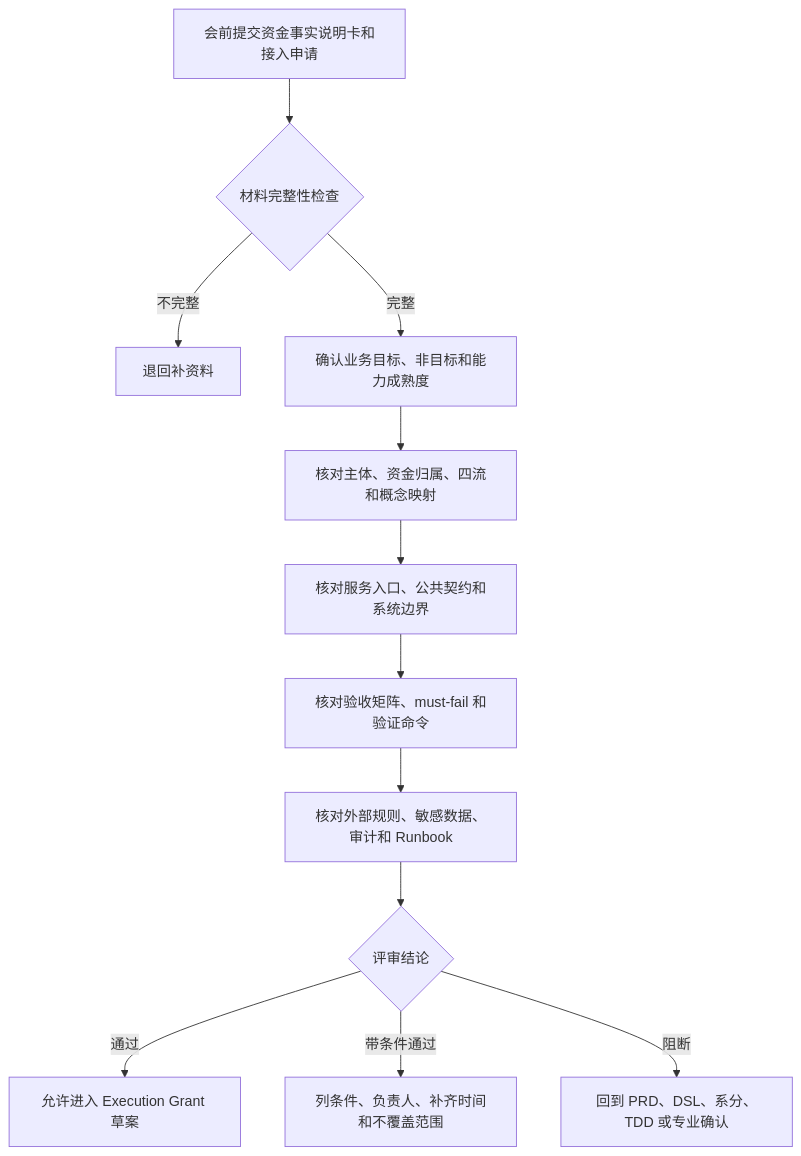
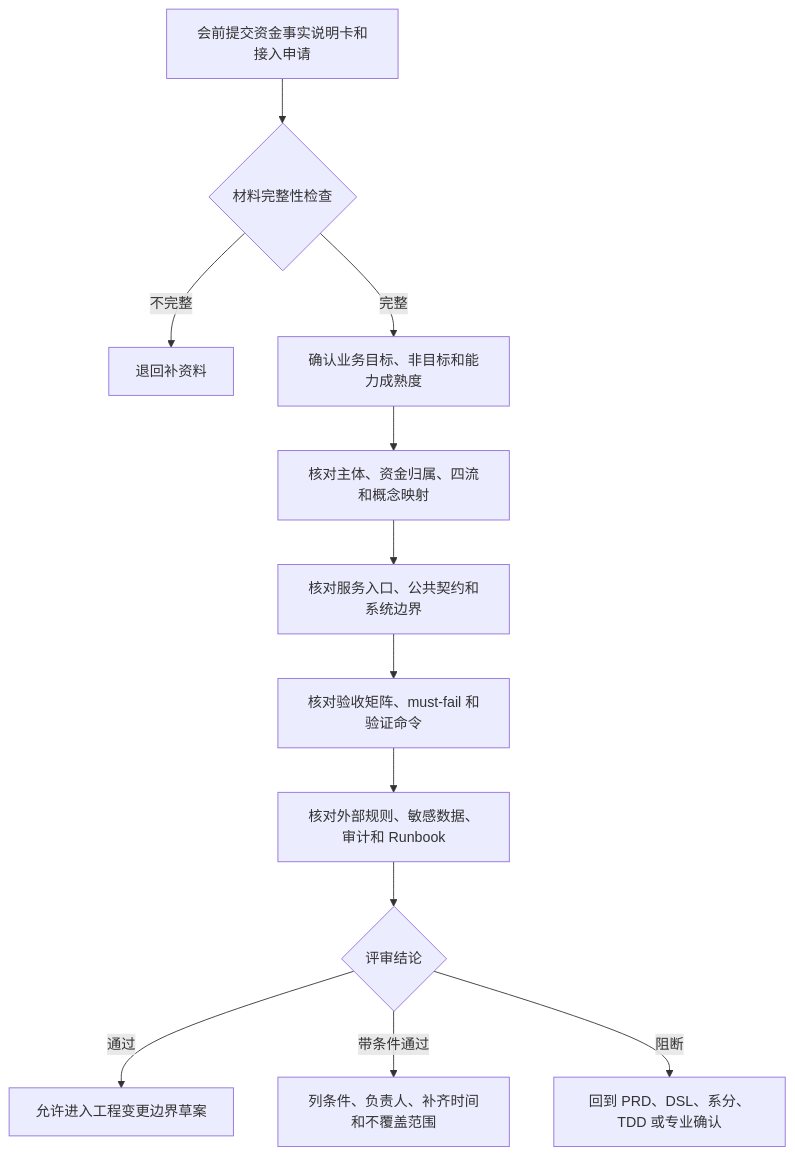
Before and after one commit to fengwuxp/wind-funds: the diagram in docs/用户接入指南/接入评审清单.md, drawn with Mermaid. The commit also changed other lines of this file and 29 other files, not shown here.

````diff
--- a/docs/用户接入指南/接入评审清单.md
+++ b/docs/用户接入指南/接入评审清单.md
@@ -73,14 +73,14 @@
 ```mermaid
 flowchart TD
     A["会前提交资金事实说明卡和接入申请"] --> B{"材料完整性检查"}
     B -->|"不完整"| C["退回补资料"]
     B -->|"完整"| D["确认业务目标、非目标和能力成熟度"]
     D --> E["核对主体、资金归属、四流和概念映射"]
     E --> F["核对服务入口、公共契约和系统边界"]
     F --> G["核对验收矩阵、must-fail 和验证命令"]
     G --> H["核对外部规则、敏感数据、审计和 Runbook"]
     H --> I{"评审结论"}
-    I -->|"通过"| J["允许进入 Execution Grant 草案"]
+    I -->|"通过"| J["允许进入工程变更边界草案"]
     I -->|"带条件通过"| K["列条件、负责人、补齐时间和不覆盖范围"]
     I -->|"阻断"| L["回到 PRD、DSL、系分、TDD 或专业确认"]
 ```
````
